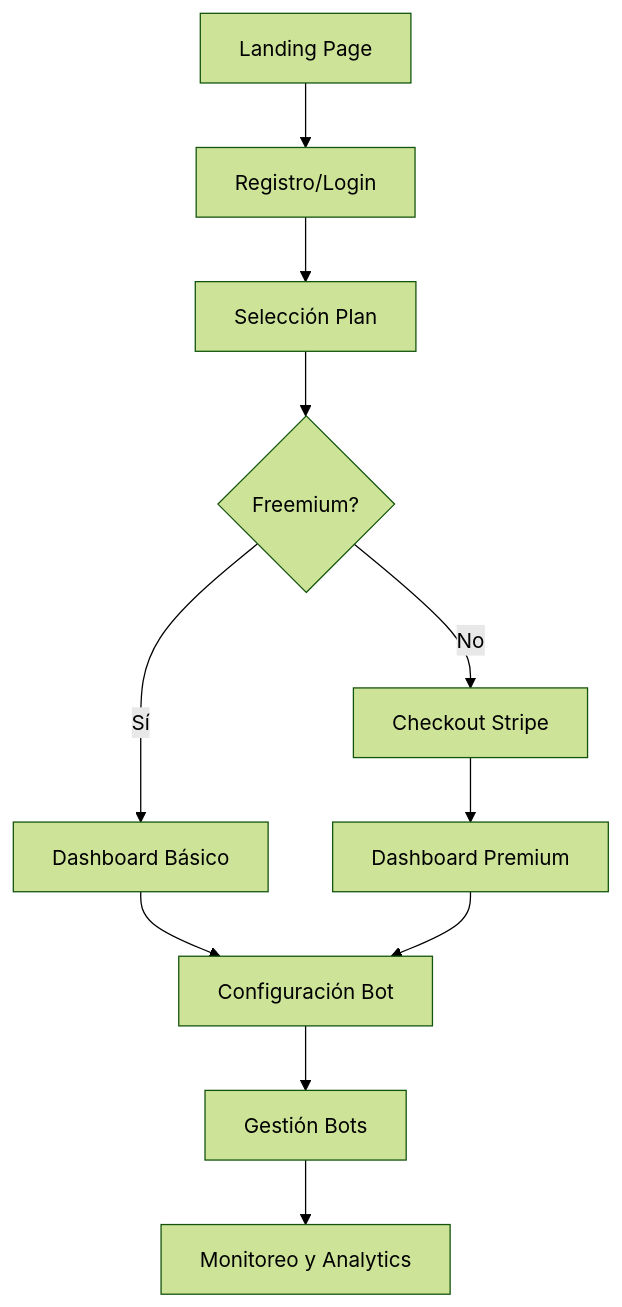
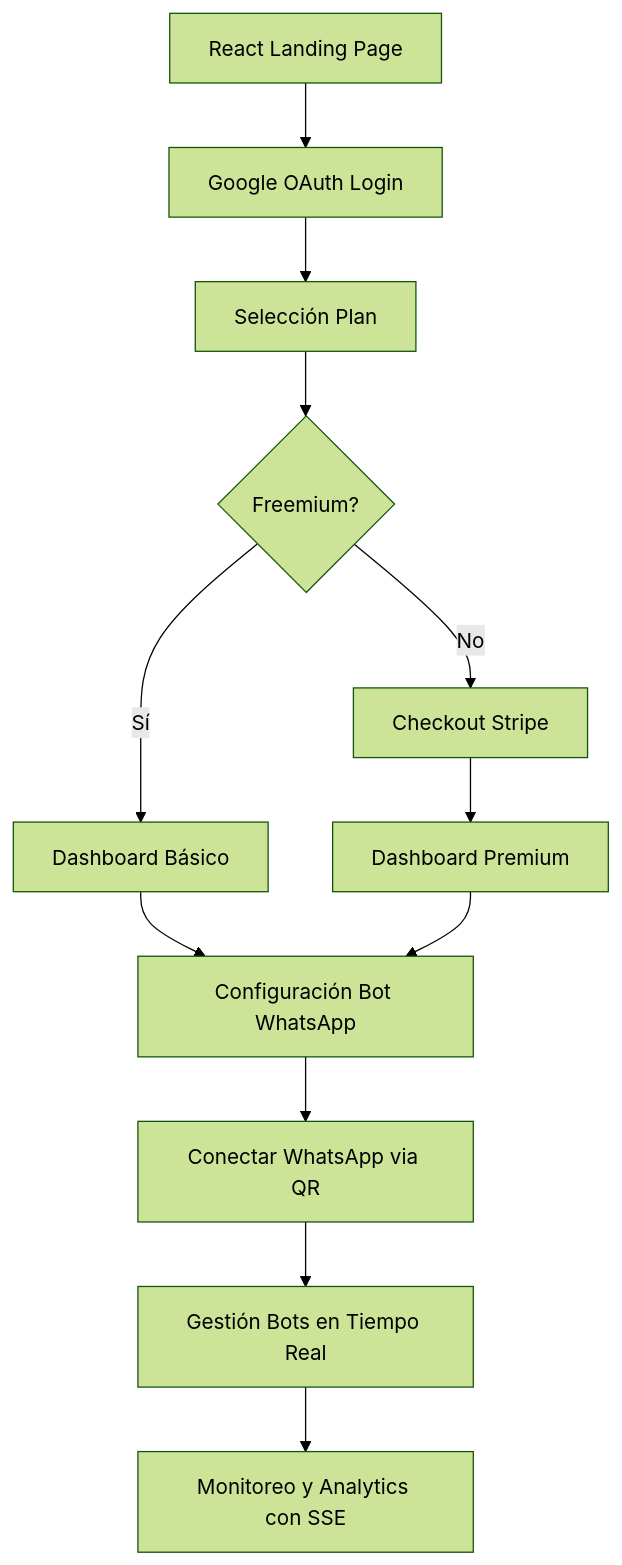
One commit to da4vid864/bots changed the first of 7 diagrams in client_journey_flow.md. Above: the diagram before and after it, drawn with Mermaid (forest theme). The commit also changed other lines of this file and 39 other files, not shown here.

````diff
--- a/client_journey_flow.md
+++ b/client_journey_flow.md
@@ -5,13 +5,14 @@
 ```mermaid
 flowchart TD
-    A[Landing Page] --> B[Registro/Login]
+    A[React Landing Page] --> B[Google OAuth Login]
     B --> C[Selección Plan]
     C --> D{Freemium?}
     D -->|Sí| E[Dashboard Básico]
     D -->|No| F[Checkout Stripe]
     F --> G[Dashboard Premium]
-    E --> H[Configuración Bot]
+    E --> H[Configuración Bot WhatsApp]
     G --> H
-    H --> I[Gestión Bots]
-    I --> J[Monitoreo y Analytics]
+    H --> I[Conectar WhatsApp via QR]
+    I --> J[Gestión Bots en Tiempo Real]
+    J --> K[Monitoreo y Analytics con SSE]
 ```
````
